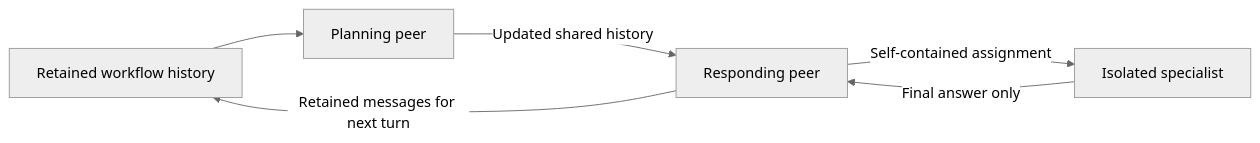
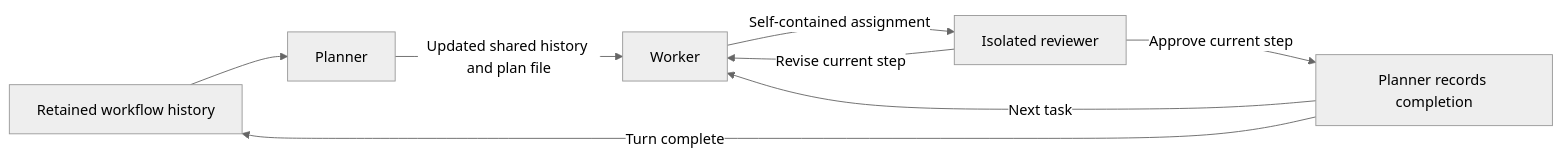
One commit to martinbechard/lg-report changed the first of 3 diagrams in docs/chat-composition.md. Above: the diagram before and after it, drawn with Mermaid (neutral theme). The commit also changed other lines of this file and 192 other files, not shown here.

````diff
--- a/docs/chat-composition.md
+++ b/docs/chat-composition.md
@@ -223,8 +223,10 @@
 ```mermaid
 flowchart LR
-    H[Retained workflow history] --> P[Planning peer]
-    P -->|Updated shared history| R[Responding peer]
-    R -->|Self-contained assignment| S[Isolated specialist]
-    S -->|Final answer only| R
-    R -->|Retained messages for next turn| H
+    H[Retained workflow history] --> P[Planner]
+    P -->|Updated shared history and plan file| W[Worker]
+    W -->|Self-contained assignment| R[Isolated reviewer]
+    R -->|Revise current step| W
+    R -->|Approve current step| U[Planner records completion]
+    U -->|Next task| W
+    U -->|Turn complete| H
 ```
````
